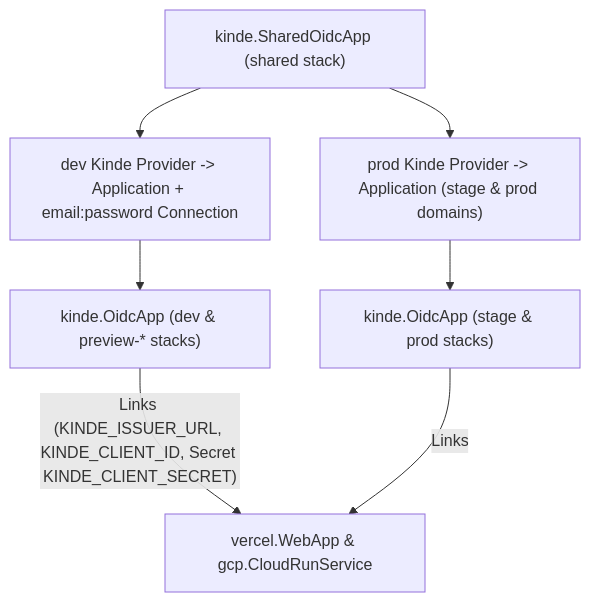
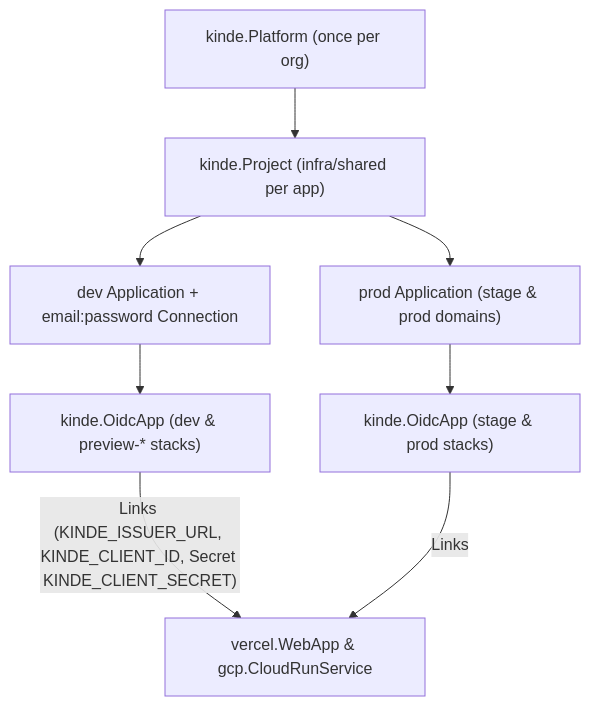
The diagram in docs/architecture/providers/kinde.md (cloudvoyant/openbase), drawn with Mermaid before and after one commit. The commit also changed other lines of this file and 61 other files, not shown here.

Commit message:
refactor(components): adopt Platform, Project, and Environment hierarchy

````diff
--- a/docs/architecture/providers/kinde.md
+++ b/docs/architecture/providers/kinde.md
@@ -25,9 +26,10 @@
 ```mermaid
 flowchart TD
-    Shared["kinde.SharedOidcApp (shared stack)"] --> DevProv["dev Kinde Provider -> Application + email:password Connection"]
-    Shared --> ProdProv["prod Kinde Provider -> Application (stage & prod domains)"]
-    DevProv --> DevOidc["kinde.OidcApp (dev & preview-* stacks)"]
-    ProdProv --> ProdOidc["kinde.OidcApp (stage & prod stacks)"]
+    Org["kinde.Platform (once per org)"] --> Proj["kinde.Project (infra/shared per app)"]
+    Proj --> DevApp["dev Application + email:password Connection"]
+    Proj --> ProdApp["prod Application (stage & prod domains)"]
+    DevApp --> DevOidc["kinde.OidcApp (dev & preview-* stacks)"]
+    ProdApp --> ProdOidc["kinde.OidcApp (stage & prod stacks)"]
     DevOidc -->|"Links (KINDE_ISSUER_URL, KINDE_CLIENT_ID, Secret KINDE_CLIENT_SECRET)"| Apps["vercel.WebApp & gcp.CloudRunService"]
     ProdOidc -->|"Links"| Apps
 ```
````
